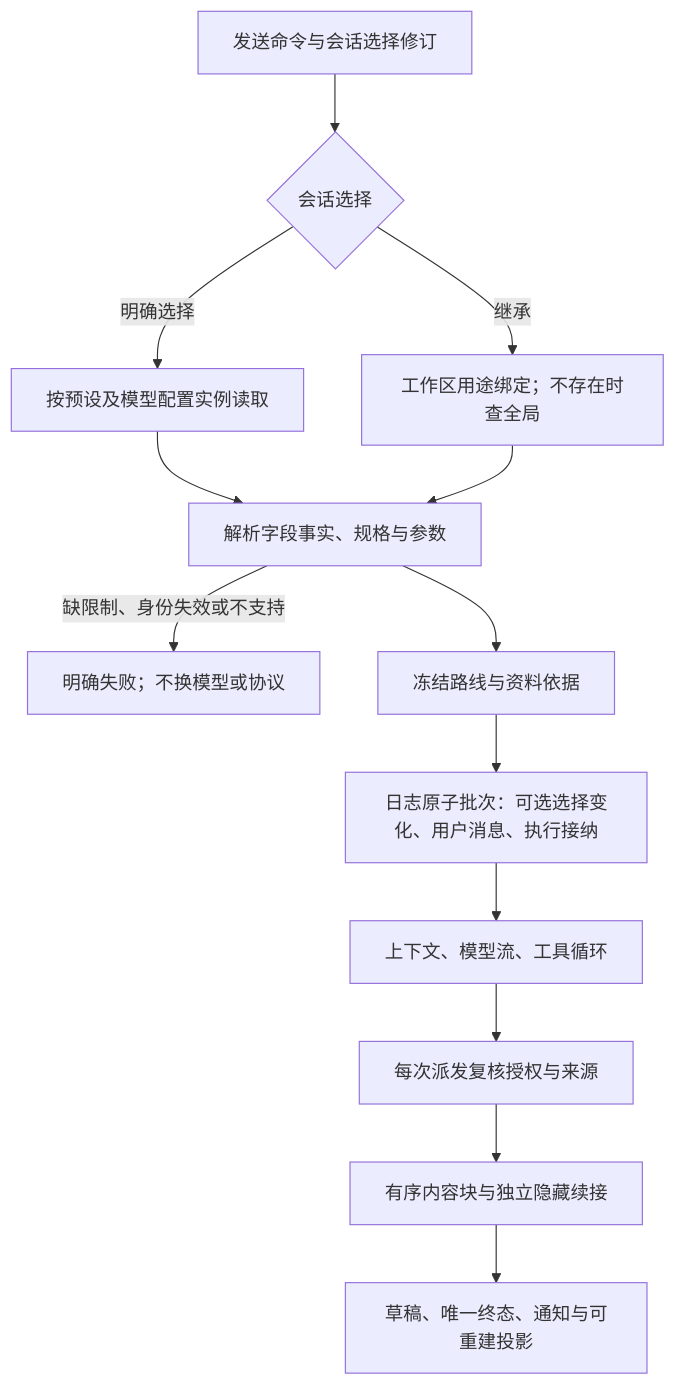
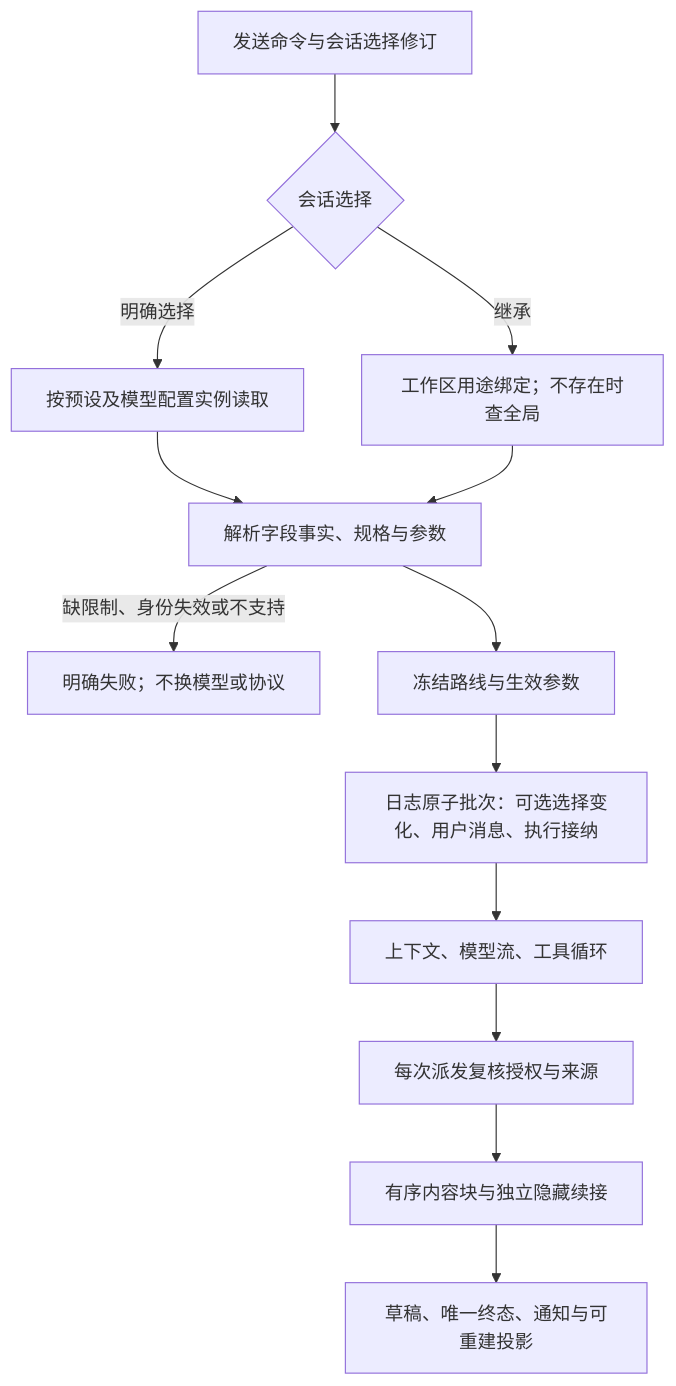
The second of 2 diagrams in docs/architecture/AGENT_MODEL_CONFIGURATION.md (alwynou/mira), drawn with Mermaid before and after one commit. The commit also changed other lines of this file and 290 other files, not shown here.

````diff
--- a/docs/architecture/AGENT_MODEL_CONFIGURATION.md
+++ b/docs/architecture/AGENT_MODEL_CONFIGURATION.md
@@ -76,15 +78,15 @@
 ```mermaid
 flowchart TD
     Command[发送命令与会话选择修订] --> Selection{会话选择}
     Selection -->|明确选择| Exact[按预设及模型配置实例读取]
     Selection -->|继承| Defaults[工作区用途绑定；不存在时查全局]
     Exact --> Validate[解析字段事实、规格与参数]
     Defaults --> Validate
     Validate -->|缺限制、身份失效或不支持| Error[明确失败；不换模型或协议]
-    Validate --> Freeze[冻结路线与资料依据]
+    Validate --> Freeze[冻结路线与生效参数]
     Freeze --> Admit[日志原子批次：可选选择变化、用户消息、执行接纳]
     Admit --> Loop[上下文、模型流、工具循环]
     Loop --> Check[每次派发复核授权与来源]
     Check --> Stream[有序内容块与独立隐藏续接]
     Stream --> End[草稿、唯一终态、通知与可重建投影]
 ```
````
